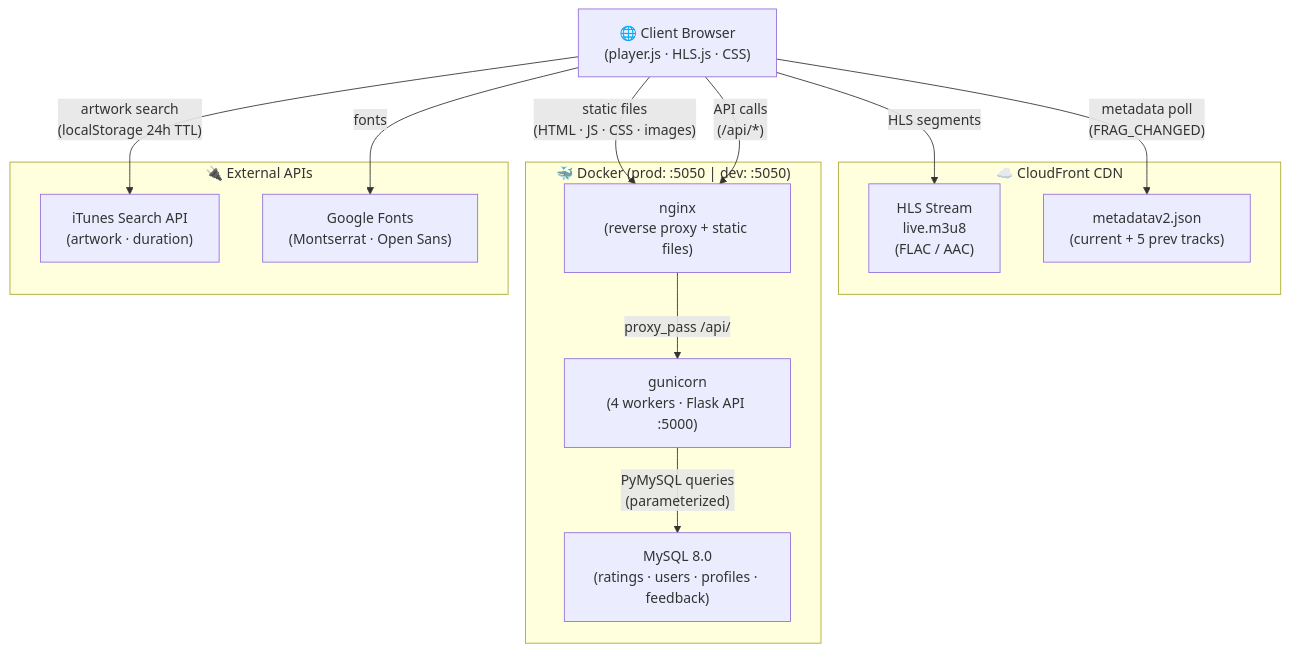
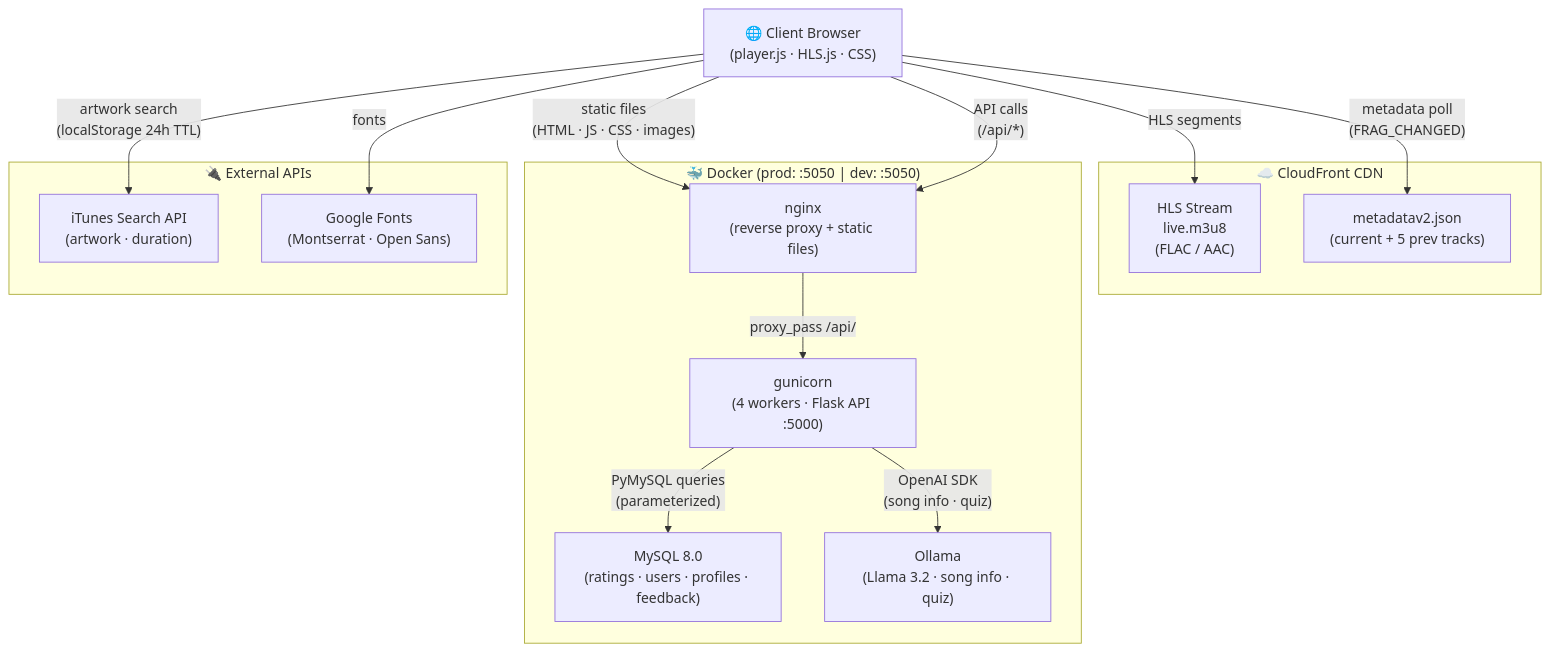
Before and after one commit to mgmarques/radiocalico: the first of 10 diagrams in docs/architecture.md, drawn with Mermaid. The commit also changed other lines of this file and 108 other files, not shown here.

First line of the commit message:
feat: v2.0 — retro radio buttons, LLM song info, quiz, i18n (#13)

````diff
--- a/docs/architecture.md
+++ b/docs/architecture.md
@@ -39,29 +39,31 @@
 ```mermaid
 graph TD
     Browser["🌐 Client Browser\n(player.js · HLS.js · CSS)"]
 
     subgraph CDN["☁️ CloudFront CDN"]
         HLS["HLS Stream\nlive.m3u8\n(FLAC / AAC)"]
         Meta["metadatav2.json\n(current + 5 prev tracks)"]
     end
 
     subgraph Docker["🐳 Docker (prod: :5050 | dev: :5050)"]
         nginx["nginx\n(reverse proxy + static files)"]
         gunicorn["gunicorn\n(4 workers · Flask API :5000)"]
         mysql["MySQL 8.0\n(ratings · users · profiles · feedback)"]
+        ollama["Ollama\n(Llama 3.2 · song info · quiz)"]
     end
 
     subgraph External["🔌 External APIs"]
         iTunes["iTunes Search API\n(artwork · duration)"]
         Fonts["Google Fonts\n(Montserrat · Open Sans)"]
     end
 
     Browser -->|"HLS segments"| HLS
     Browser -->|"metadata poll\n(FRAG_CHANGED)"| Meta
     Browser -->|"artwork search\n(localStorage 24h TTL)"| iTunes
     Browser -->|"fonts"| Fonts
     Browser -->|"static files\n(HTML · JS · CSS · images)"| nginx
     Browser -->|"API calls\n(/api/*)"| nginx
     nginx -->|"proxy_pass /api/"| gunicorn
     gunicorn -->|"PyMySQL queries\n(parameterized)"| mysql
+    gunicorn -->|"OpenAI SDK\n(song info · quiz)"| ollama
 ```
````
